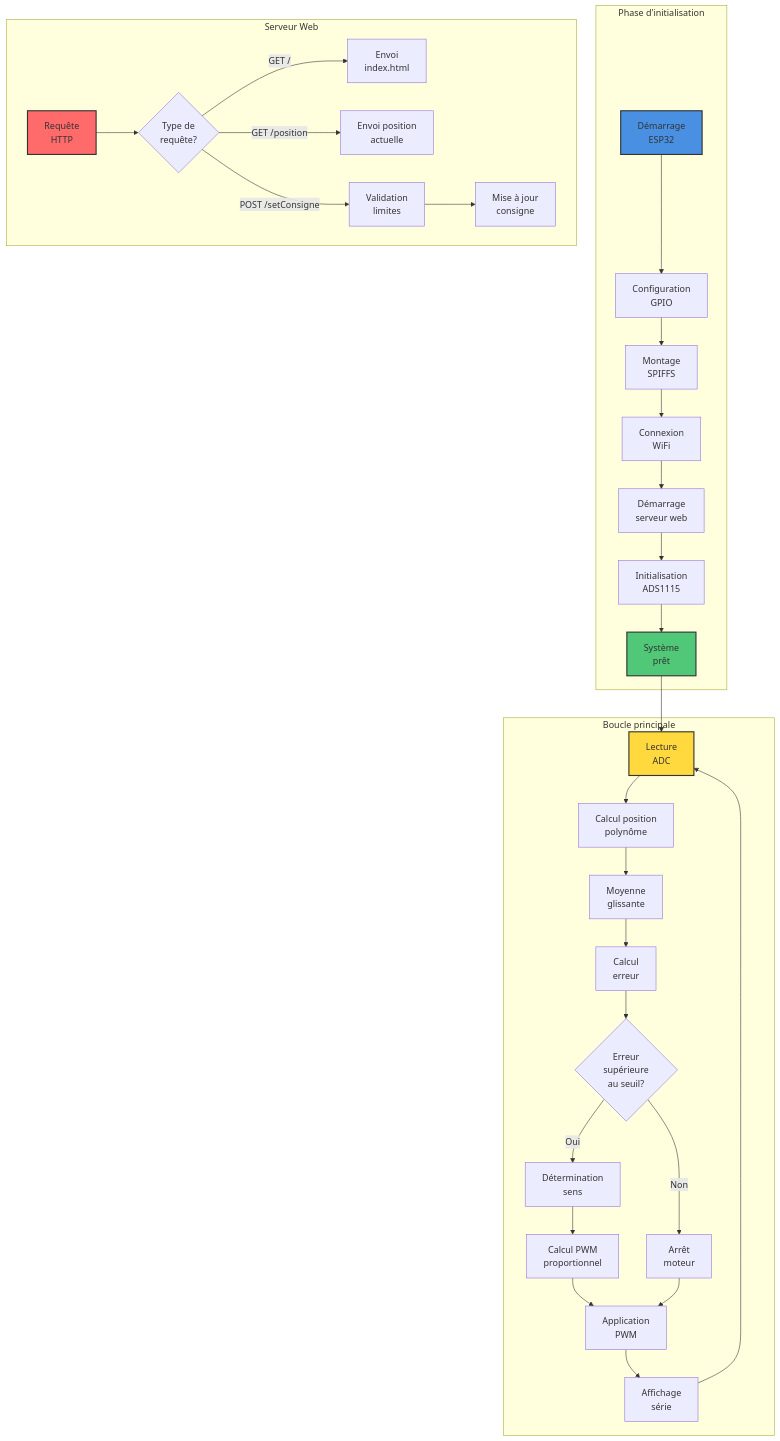
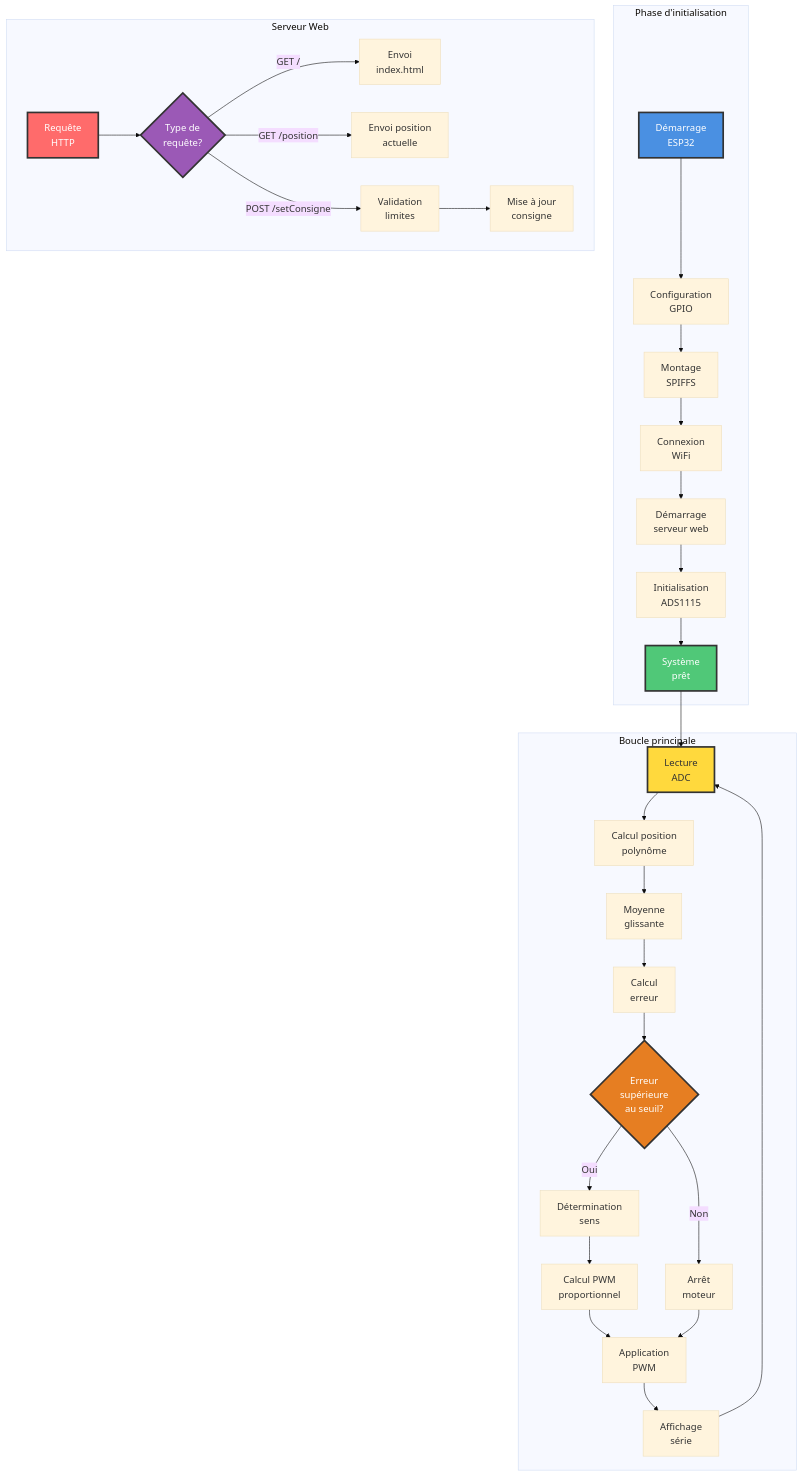
The second of 6 diagrams in README.md (axel-g-dev/Projet-Verin-commande), drawn with Mermaid before and after one commit. The commit also changed other lines of this file, not shown here.

Commit message:
Increase diagram node sizes and improve readability with larger fonts and padding

````diff
--- a/README.md
+++ b/README.md
@@ -97,39 +104,42 @@
 ```mermaid
+%%{init: {'theme':'base', 'themeVariables': { 'fontSize':'17px', 'fontFamily':'arial'}}}%%
 graph TB
-    subgraph Init["Phase d'initialisation"]
-        A["Démarrage<br/>ESP32"] --> B["Configuration<br/>GPIO"]
-        B --> C["Montage<br/>SPIFFS"]
-        C --> D["Connexion<br/>WiFi"]
-        D --> E["Démarrage<br/>serveur web"]
-        E --> F["Initialisation<br/>ADS1115"]
-        F --> G["Système<br/>prêt"]
+    subgraph Init["  Phase d'initialisation  "]
+        A["  Démarrage  <br/>  ESP32  "] --> B["  Configuration  <br/>  GPIO  "]
+        B --> C["  Montage  <br/>  SPIFFS  "]
+        C --> D["  Connexion  <br/>  WiFi  "]
+        D --> E["  Démarrage  <br/>  serveur web  "]
+        E --> F["  Initialisation  <br/>  ADS1115  "]
+        F --> G["  Système  <br/>  prêt  "]
     end
     
-    subgraph Loop["Boucle principale"]
-        G --> H["Lecture<br/>ADC"]
-        H --> I["Calcul position<br/>polynôme"]
-        I --> J["Moyenne<br/>glissante"]
-        J --> K["Calcul<br/>erreur"]
-        K --> L{"Erreur<br/>supérieure<br/>au seuil?"}
-        L -->|"Oui"| M["Détermination<br/>sens"]
-        L -->|"Non"| N["Arrêt<br/>moteur"]
-        M --> O["Calcul PWM<br/>proportionnel"]
-        O --> P["Application<br/>PWM"]
+    subgraph Loop["  Boucle principale  "]
+        G --> H["  Lecture  <br/>  ADC  "]
+        H --> I["  Calcul position  <br/>  polynôme  "]
+        I --> J["  Moyenne  <br/>  glissante  "]
+        J --> K["  Calcul  <br/>  erreur  "]
+        K --> L{"  Erreur  <br/>  supérieure  <br/>  au seuil?  "}
+        L -->|"  Oui  "| M["  Détermination  <br/>  sens  "]
+        L -->|"  Non  "| N["  Arrêt  <br/>  moteur  "]
+        M --> O["  Calcul PWM  <br/>  proportionnel  "]
+        O --> P["  Application  <br/>  PWM  "]
         N --> P
-        P --> Q["Affichage<br/>série"]
+        P --> Q["  Affichage  <br/>  série  "]
         Q --> H
     end
     
-    subgraph WebServer["Serveur Web"]
-        R["Requête<br/>HTTP"] --> S{"Type de<br/>requête?"}
-        S -->|"GET /"| T["Envoi<br/>index.html"]
-        S -->|"GET /position"| U["Envoi position<br/>actuelle"]
-        S -->|"POST /setConsigne"| V["Validation<br/>limites"]
-        V --> W["Mise à jour<br/>consigne"]
+    subgraph WebServer["  Serveur Web  "]
+        R["  Requête  <br/>  HTTP  "] --> S{"  Type de  <br/>  requête?  "}
+        S -->|"  GET /  "| T["  Envoi  <br/>  index.html  "]
+        S -->|"  GET /position  "| U["  Envoi position  <br/>  actuelle  "]
+        S -->|"  POST /setConsigne  "| V["  Validation  <br/>  limites  "]
+        V --> W["  Mise à jour  <br/>  consigne  "]
     end
     
-    style A fill:#4a90e2,stroke:#333,stroke-width:2px
-    style G fill:#50c878,stroke:#333,stroke-width:2px
-    style H fill:#ffd93d,stroke:#333,stroke-width:2px
-    style R fill:#ff6b6b,stroke:#333,stroke-width:2px
+    style A fill:#4a90e2,stroke:#333,stroke-width:3px,color:#fff,padding:20px
+    style G fill:#50c878,stroke:#333,stroke-width:3px,color:#fff,padding:20px
+    style H fill:#ffd93d,stroke:#333,stroke-width:3px,color:#333,padding:20px
+    style R fill:#ff6b6b,stroke:#333,stroke-width:3px,color:#fff,padding:20px
+    style L fill:#e67e22,stroke:#333,stroke-width:3px,color:#fff,padding:20px
+    style S fill:#9b59b6,stroke:#333,stroke-width:3px,color:#fff,padding:20px
 ```
````
